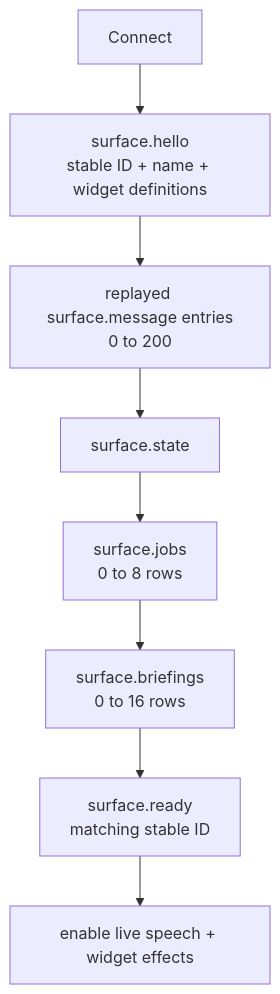
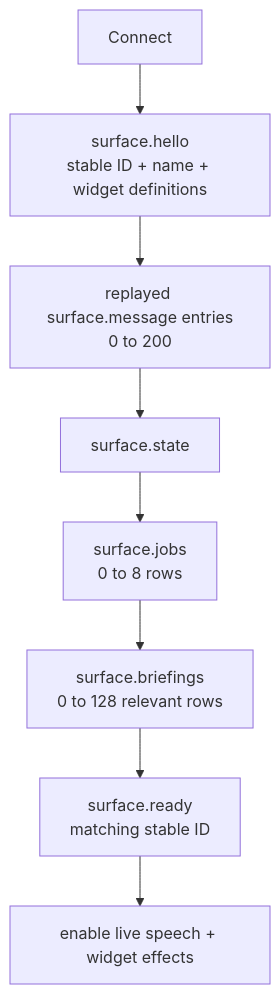
Before and after one commit to alexjercan/scufris2: the second of 6 diagrams in docs/src/dev/surfaces.md, drawn with Mermaid. The commit also changed other lines of this file and 41 other files, not shown here.

````diff
--- a/docs/src/dev/surfaces.md
+++ b/docs/src/dev/surfaces.md
@@ -46,10 +46,10 @@
 ```mermaid
 flowchart TB
     Connect --> Hello["surface.hello<br/>stable ID + name + widget definitions"]
     Hello --> Replay["replayed surface.message entries<br/>0 to 200"]
     Replay --> State[surface.state]
     State --> Jobs["surface.jobs<br/>0 to 8 rows"]
-    Jobs --> Briefings["surface.briefings<br/>0 to 16 rows"]
+    Jobs --> Briefings["surface.briefings<br/>0 to 128 relevant rows"]
     Briefings --> Ready["surface.ready<br/>matching stable ID"]
     Ready --> Live[enable live speech + widget effects]
 ```
````
